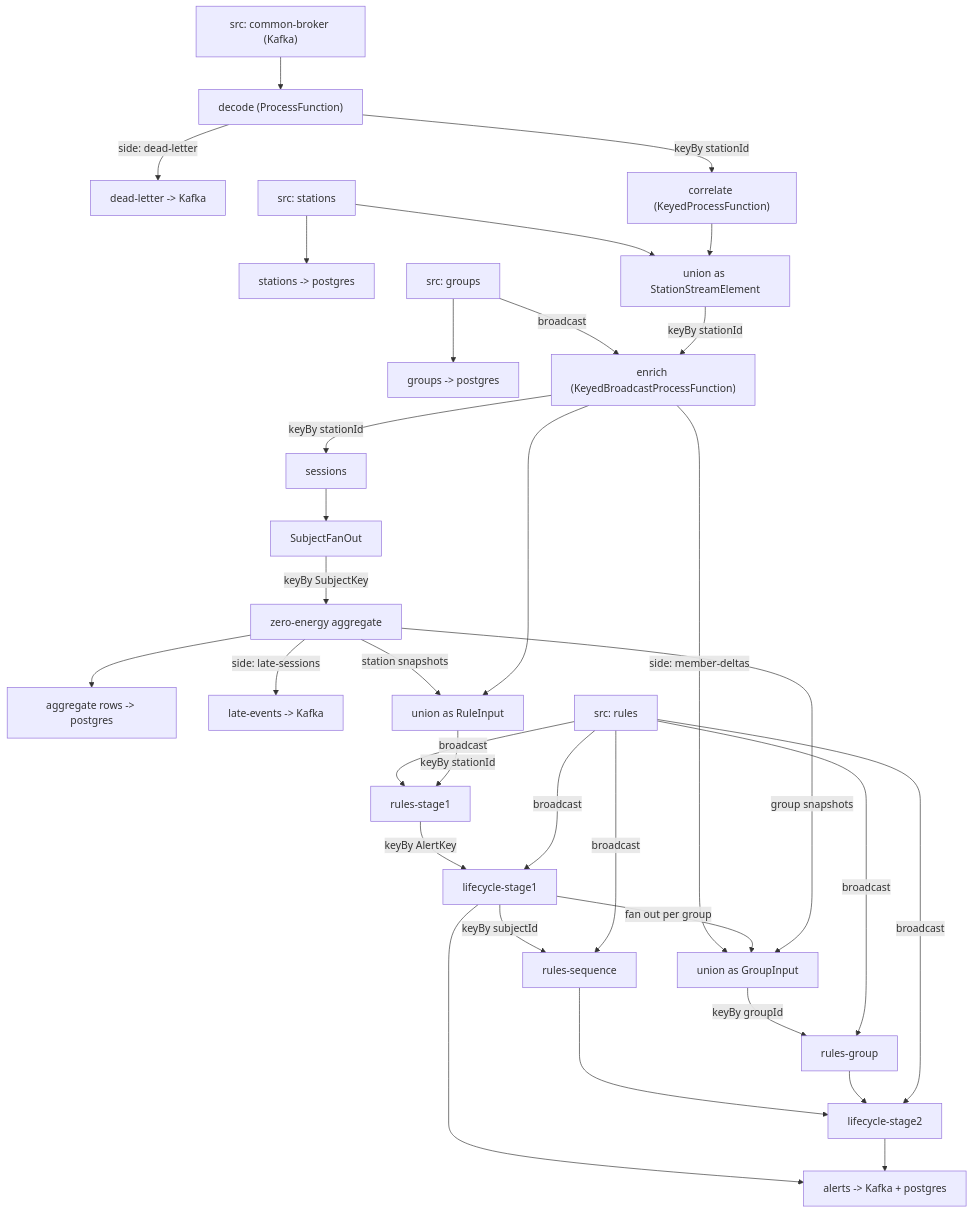
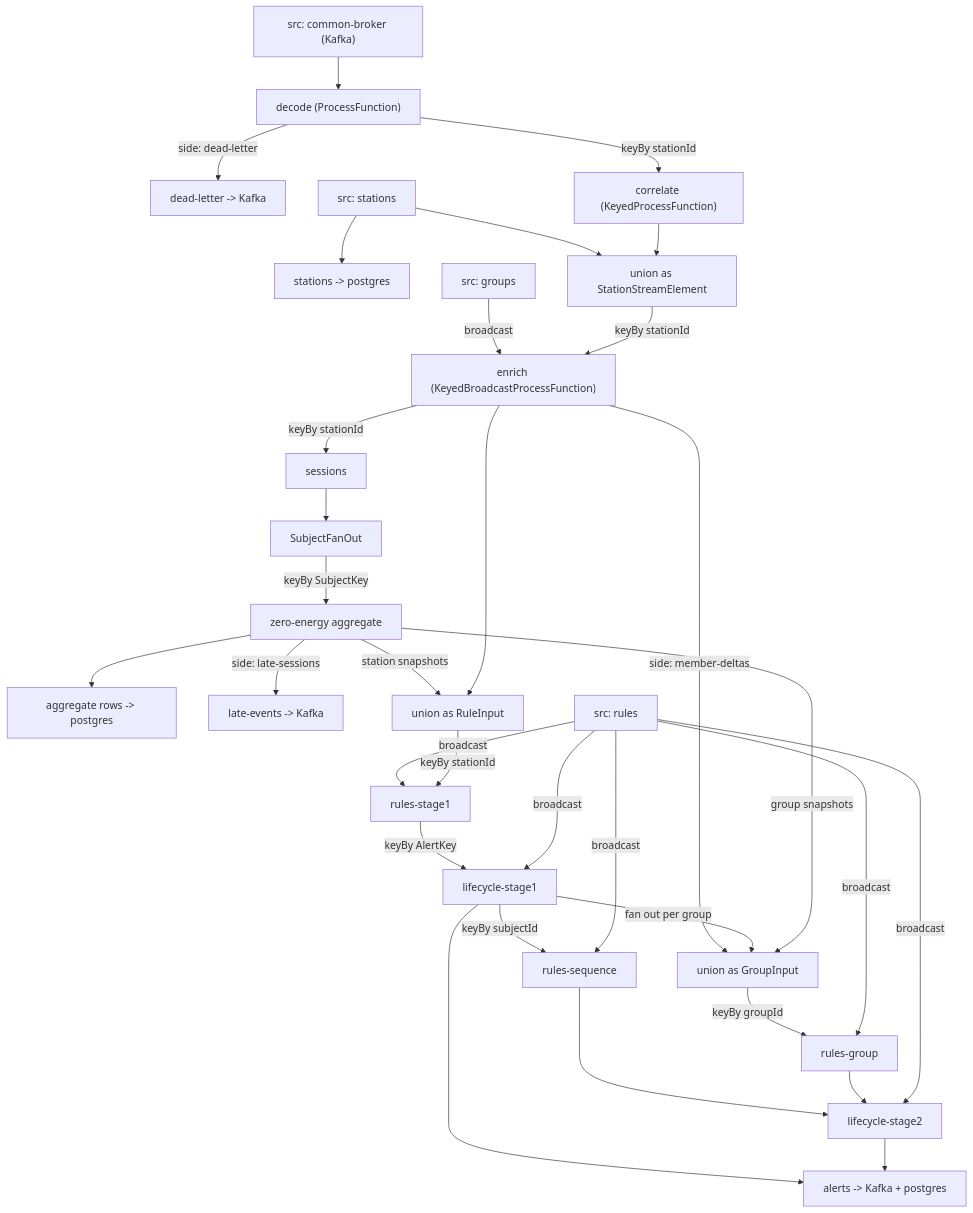
The first of 2 diagrams in docs/06-flink-programming-model.md (vikey725/monetering-and-alerting), drawn with Mermaid before and after one commit. The commit also changed 33 other files, not shown here.

````diff
--- a/docs/06-flink-programming-model.md
+++ b/docs/06-flink-programming-model.md
@@ -250,35 +250,34 @@
 ```mermaid
 flowchart TD
   SE["src: common-broker (Kafka)"] --> DEC["decode (ProcessFunction)"]
   DEC -- "side: dead-letter" --> DL["dead-letter -> Kafka"]
   DEC -- "keyBy stationId" --> COR["correlate (KeyedProcessFunction)"]
   SS["src: stations"] --> SM["stations -> postgres"]
   SS --> U1["union as StationStreamElement"]
   COR --> U1
-  SG["src: groups"] --> GM["groups -> postgres"]
-  SG -- "broadcast" --> ENR
+  SG["src: groups"] -- "broadcast" --> ENR
   U1 -- "keyBy stationId" --> ENR["enrich (KeyedBroadcastProcessFunction)"]
   ENR -- "side: member-deltas" --> GI
   ENR -- "keyBy stationId" --> SES["sessions"]
   SES --> FAN["SubjectFanOut"]
   FAN -- "keyBy SubjectKey" --> AGG["zero-energy aggregate"]
   AGG --> AS["aggregate rows -> postgres"]
   AGG -- "side: late-sessions" --> LATE["late-events -> Kafka"]
   AGG -- "station snapshots" --> RI["union as RuleInput"]
   ENR --> RI
   SR["src: rules"] -- "broadcast" --> R1
   RI -- "keyBy stationId" --> R1["rules-stage1"]
   R1 -- "keyBy AlertKey" --> L1["lifecycle-stage1"]
   SR -- "broadcast" --> L1
   L1 -- "keyBy subjectId" --> SEQ["rules-sequence"]
   L1 -- "fan out per group" --> GI["union as GroupInput"]
   AGG -- "group snapshots" --> GI
   GI -- "keyBy groupId" --> GRP["rules-group"]
   SR -- "broadcast" --> SEQ
   SR -- "broadcast" --> GRP
   SEQ --> L2["lifecycle-stage2"]
   GRP --> L2
   SR -- "broadcast" --> L2
   L1 --> AL["alerts -> Kafka + postgres"]
   L2 --> AL
 ```
````
